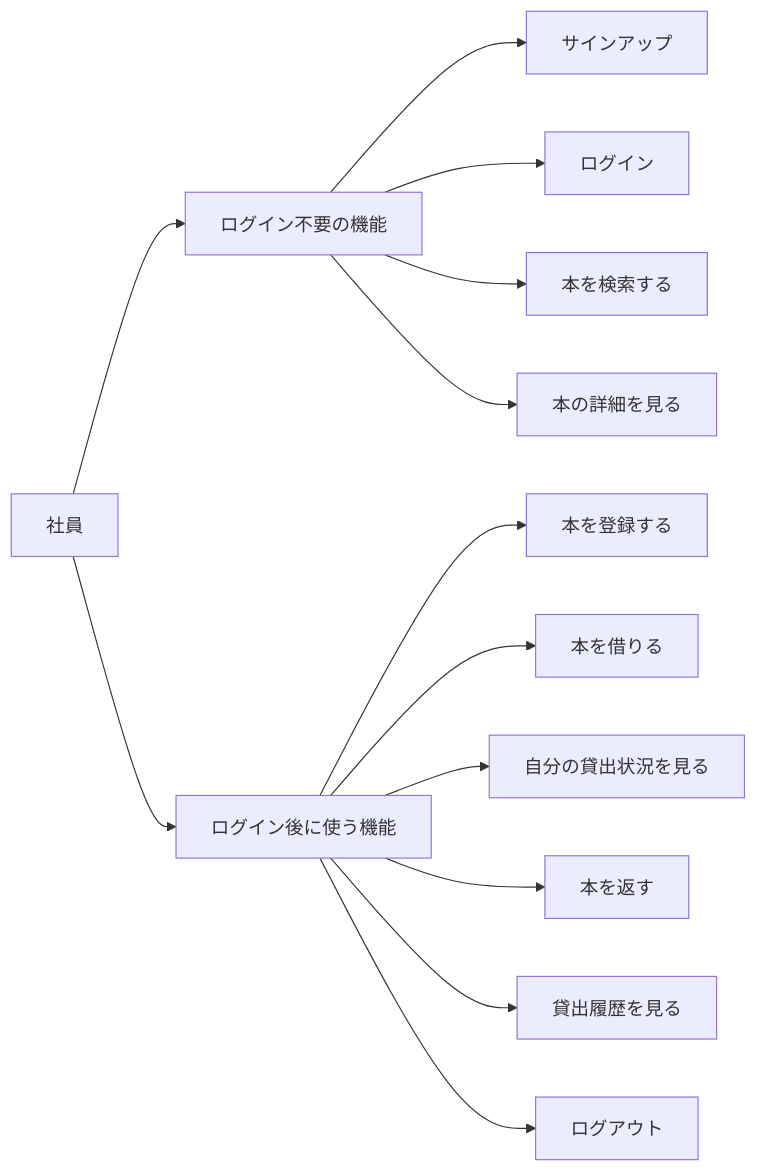
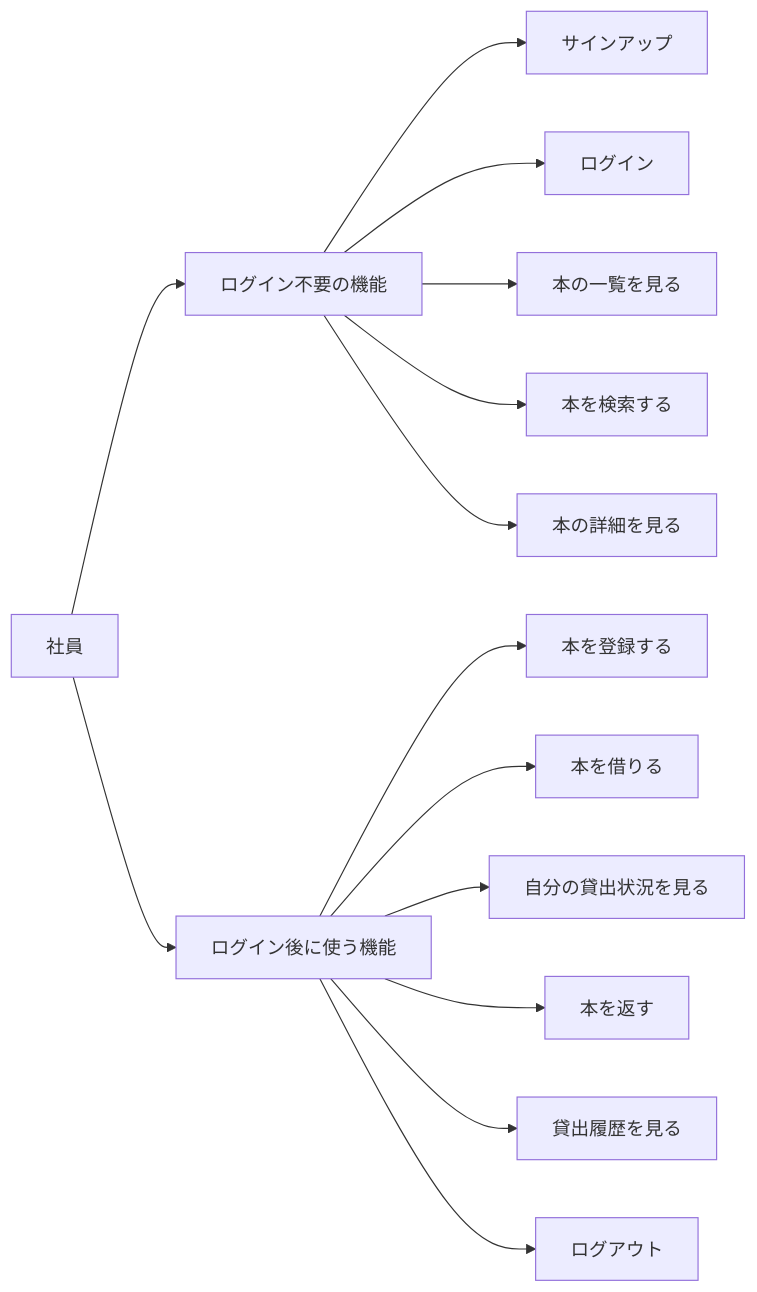
The diagram in docs/specification.md (wairo8714/tech-library), drawn with Mermaid before and after one commit. The commit also changed other lines of this file and 1 other file, not shown here.

````diff
--- a/docs/specification.md
+++ b/docs/specification.md
@@ -18,16 +18,17 @@
 ```mermaid
 flowchart LR
     Employee[社員] --> Public[ログイン不要の機能]
     Public --> Signup[サインアップ]
     Public --> Login[ログイン]
+    Public --> List[本の一覧を見る]
     Public --> Search[本を検索する]
     Public --> ViewBook[本の詳細を見る]
     
     Employee --> Auth[ログイン後に使う機能]
     Auth --> AddBook[本を登録する]
     Auth --> Checkout[本を借りる]
     Auth --> Loans[自分の貸出状況を見る]
     Auth --> ReturnBook[本を返す]
     Auth --> History[貸出履歴を見る]
     Auth --> Logout[ログアウト]
 ```
````
